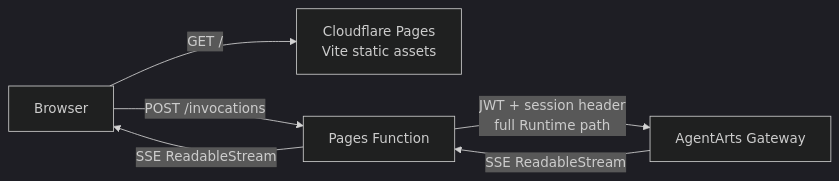
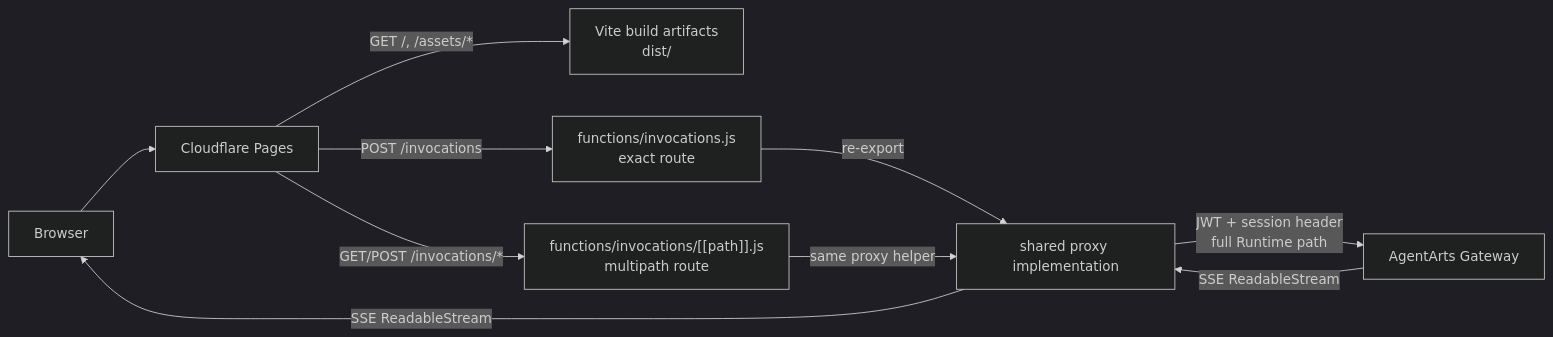
One commit to T-1009/personal-assistant changed the first of 2 diagrams in personal-assistant-meta/architecture/cloud-service/cloudflare/pages.md. Above: the diagram before and after it, drawn with Mermaid (dark theme). The commit also changed other lines of this file and 4 other files, not shown here.

````diff
--- a/personal-assistant-meta/architecture/cloud-service/cloudflare/pages.md
+++ b/personal-assistant-meta/architecture/cloud-service/cloudflare/pages.md
@@ -9,8 +10,14 @@
 ```mermaid
 flowchart LR
-    Browser["Browser"] -->|"GET /"| Pages["Cloudflare Pages<br/>Vite static assets"]
-    Browser -->|"POST /invocations"| Function["Pages Function"]
-    Function -->|"JWT + session header<br/>full Runtime path"| Gateway["AgentArts Gateway"]
-    Gateway -->|"SSE ReadableStream"| Function
-    Function -->|"SSE ReadableStream"| Browser
+    Browser["Browser"] --> Pages["Cloudflare Pages"]
+
+    Pages -->|"GET /, /assets/*"| Assets["Vite build artifacts<br/>dist/"]
+    Pages -->|"POST /invocations"| ExactFn["functions/invocations.js<br/>exact route"]
+    Pages -->|"GET/POST /invocations/*"| DeepFn["functions/invocations/[[path]].js<br/>multipath route"]
+
+    ExactFn -->|"re-export"| Proxy["shared proxy implementation"]
+    DeepFn -->|"same proxy helper"| Proxy
+    Proxy -->|"JWT + session header<br/>full Runtime path"| Gateway["AgentArts Gateway"]
+    Gateway -->|"SSE ReadableStream"| Proxy
+    Proxy -->|"SSE ReadableStream"| Browser
 ```
````
